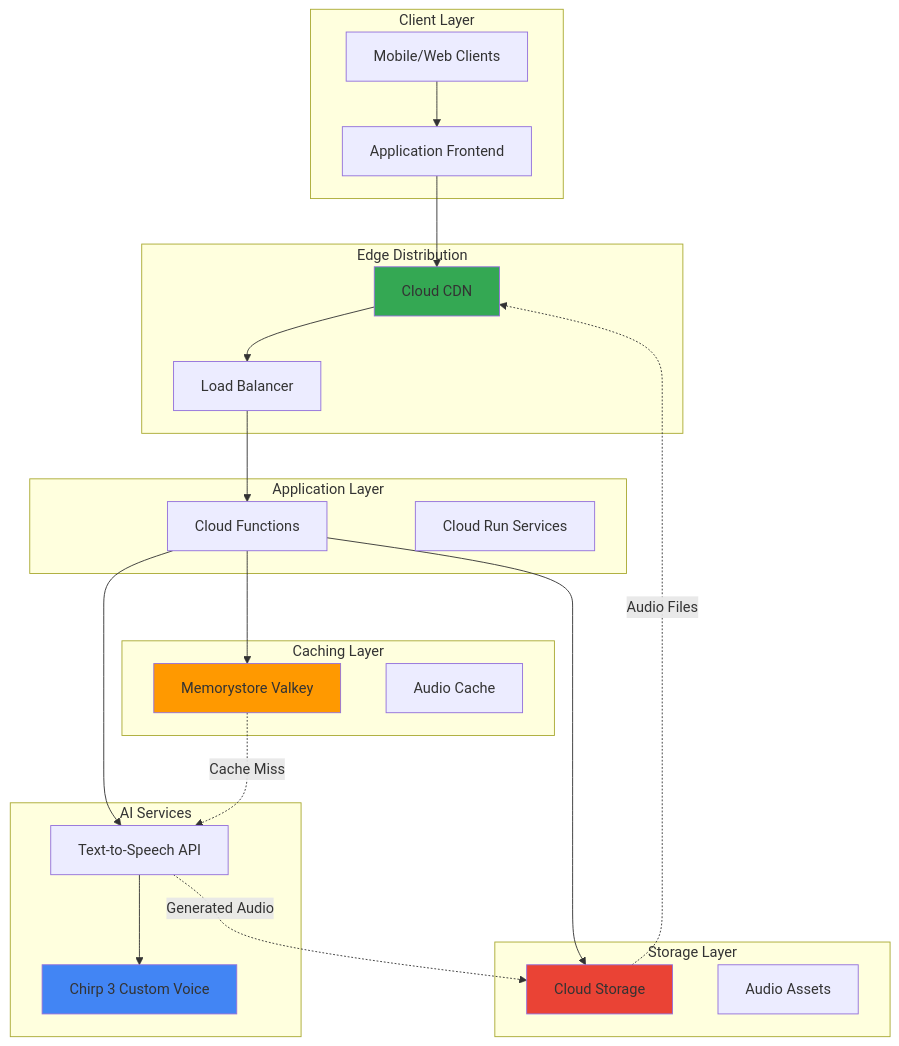
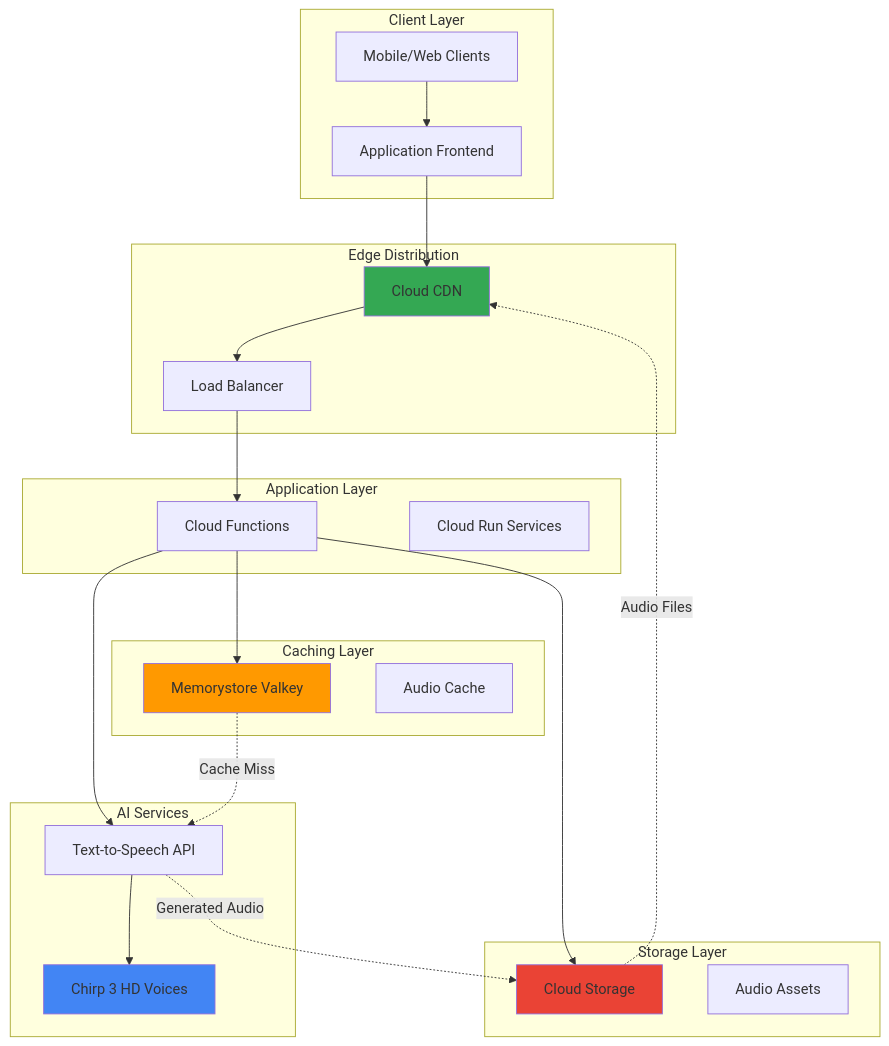
Before and after one commit to mzazon/awesome-cloud-projects: the diagram in gcp/scalable-audio-content-distribution-chirp-memorystore-valkey/scalable-audio-content-distribution-chirp-memorystore-valkey.md, drawn with Mermaid. The commit also changed other lines of this file and 5581 other files, not shown here.

````diff
--- a/gcp/scalable-audio-content-distribution-chirp-memorystore-valkey/scalable-audio-content-distribution-chirp-memorystore-valkey.md
+++ b/gcp/scalable-audio-content-distribution-chirp-memorystore-valkey/scalable-audio-content-distribution-chirp-memorystore-valkey.md
@@ -30,49 +30,49 @@
 ```mermaid
 graph TB
     subgraph "Client Layer"
         USER[Mobile/Web Clients]
         APP[Application Frontend]
     end
     
     subgraph "Edge Distribution"
         CDN[Cloud CDN]
         LB[Load Balancer]
     end
     
     subgraph "Application Layer"
         FUNC[Cloud Functions]
         RUN[Cloud Run Services]
     end
     
     subgraph "Caching Layer"
         VALKEY[Memorystore Valkey]
         CACHE[Audio Cache]
     end
     
     subgraph "AI Services"
         TTS[Text-to-Speech API]
-        CHIRP[Chirp 3 Custom Voice]
+        CHIRP[Chirp 3 HD Voices]
     end
     
     subgraph "Storage Layer"
         BUCKET[Cloud Storage]
         AUDIO[Audio Assets]
     end
     
     USER --> APP
     APP --> CDN
     CDN --> LB
     LB --> FUNC
     FUNC --> VALKEY
     FUNC --> TTS
     TTS --> CHIRP
     FUNC --> BUCKET
     VALKEY -.->|Cache Miss| TTS
     TTS -.->|Generated Audio| BUCKET
     BUCKET -.->|Audio Files| CDN
     
     style CHIRP fill:#4285F4
     style VALKEY fill:#FF9900
     style CDN fill:#34A853
     style BUCKET fill:#EA4335
 ```
````
